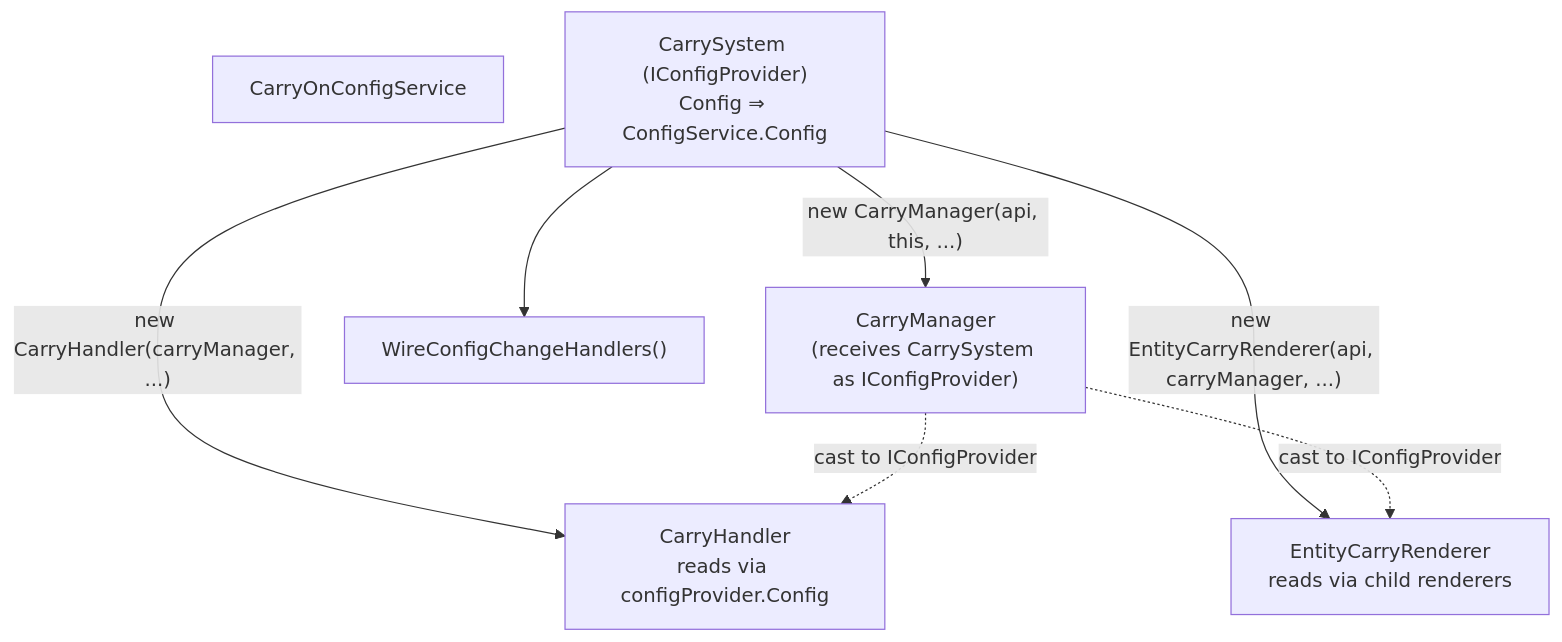
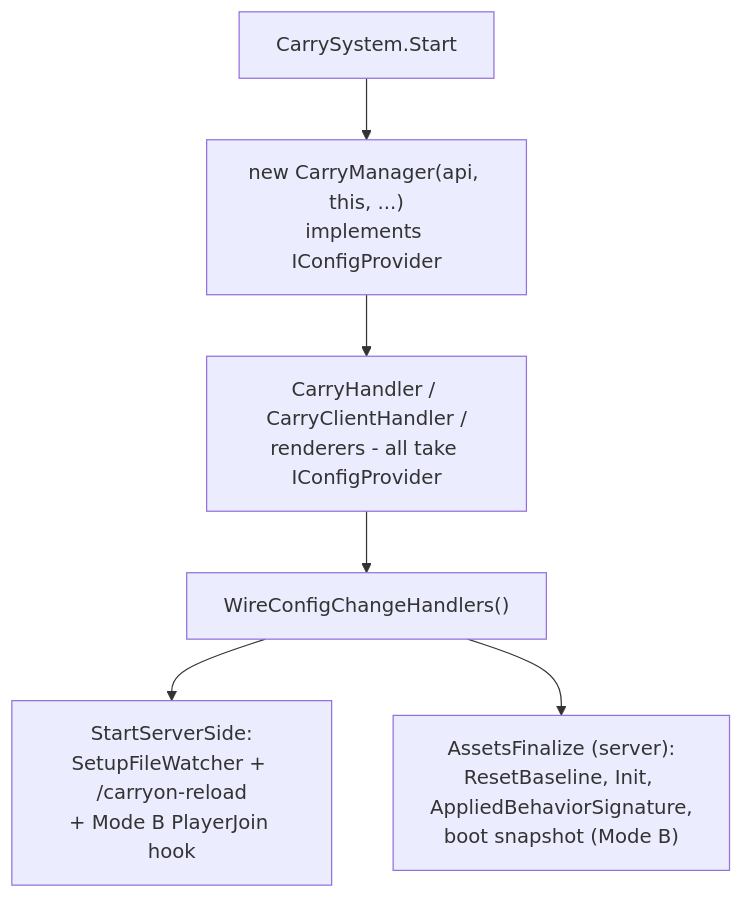
One commit to NerdScurvy/CarryOn changed the third of 7 diagrams in docs/technical-overview/config-initialization-and-flow.md. Above: the diagram before and after it, drawn with Mermaid. The commit also changed other lines of this file and 392 other files, not shown here.

````diff
--- a/docs/technical-overview/config-initialization-and-flow.md
+++ b/docs/technical-overview/config-initialization-and-flow.md
@@ -139,17 +249,13 @@
 ```mermaid
 flowchart TD
-    cfgService["CarryOnConfigService"]
-    cs["CarrySystem (IConfigProvider)<br>Config ⇒ ConfigService.Config"]
-    cm["CarryManager<br>(receives CarrySystem as IConfigProvider)"]
-    ch["CarryHandler<br>reads via configProvider.Config"]
-    er["EntityCarryRenderer<br>reads via child renderers"]
+    start["CarrySystem.Start"]
+    cm["new CarryManager(api, this, ...)<br>implements IConfigProvider"]
+    ch["CarryHandler / CarryClientHandler /<br>renderers - all take IConfigProvider"]
     wired["WireConfigChangeHandlers()"]
+    server["StartServerSide:<br>SetupFileWatcher + /carryon-reload<br>+ Mode B PlayerJoin hook"]
+    boot["AssetsFinalize (server):<br>ResetBaseline, Init, AppliedBehaviorSignature,<br>boot snapshot (Mode B)"]
 
-    cs -->|"new CarryManager(api, this, ...)"| cm
-    cs -->|"new CarryHandler(carryManager, ...)"| ch
-    cs -->|"new EntityCarryRenderer(api, carryManager, ...)"| er
-    cs --> wired
-
-    cm -.->|cast to IConfigProvider| ch
-    cm -.->|cast to IConfigProvider| er
+    start --> cm --> ch --> wired
+    wired --> server
+    wired --> boot
 ```
````
